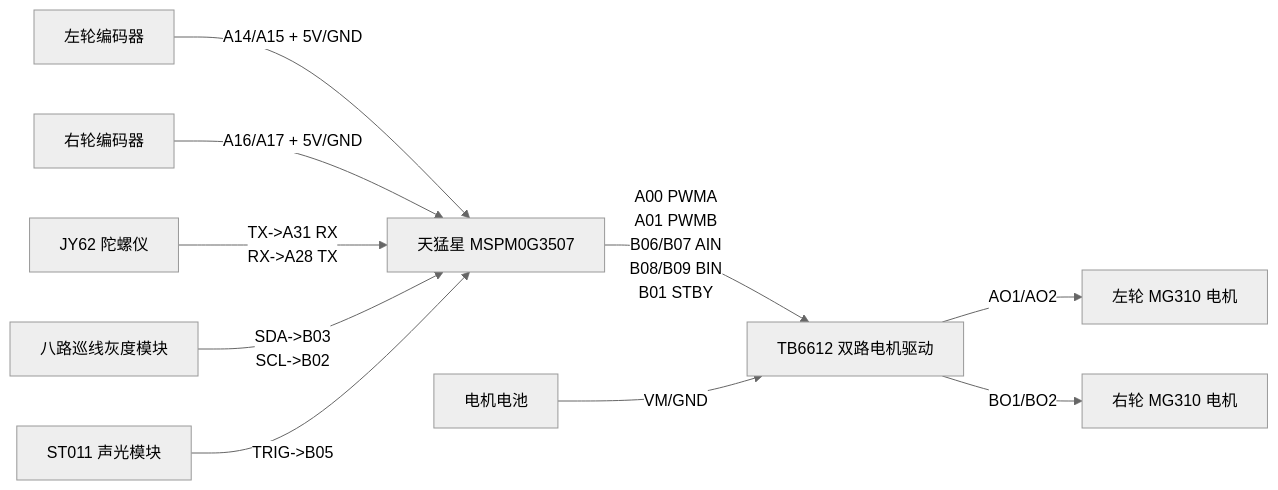
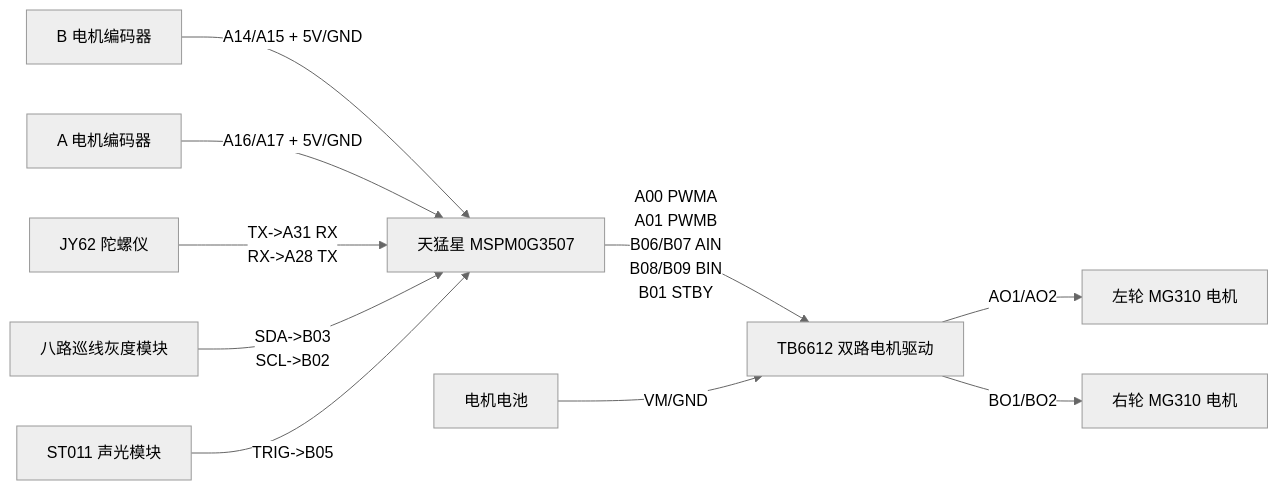
Before and after one commit to LizhToGo/SDU-NUEDC-Training: the diagram in 暂行接线图.md, drawn with Mermaid (neutral theme). The commit also changed other lines of this file and 5 other files, not shown here.

````diff
--- a/暂行接线图.md
+++ b/暂行接线图.md
@@ -7,23 +7,23 @@
 ```mermaid
 flowchart LR
     MCU["天猛星 MSPM0G3507"]
     TB["TB6612 双路电机驱动"]
     LMotor["左轮 MG310 电机"]
     RMotor["右轮 MG310 电机"]
-    LEnc["左轮编码器"]
-    REnc["右轮编码器"]
+    EncB["B 电机编码器"]
+    EncA["A 电机编码器"]
     JY["JY62 陀螺仪"]
     IR["八路巡线灰度模块"]
     ST["ST011 声光模块"]
     BAT["电机电池"]
 
     MCU -- "A00 PWMA\nA01 PWMB\nB06/B07 AIN\nB08/B09 BIN\nB01 STBY" --> TB
     TB -- "AO1/AO2" --> LMotor
     TB -- "BO1/BO2" --> RMotor
     BAT -- "VM/GND" --> TB
-    LEnc -- "A14/A15 + 5V/GND" --> MCU
-    REnc -- "A16/A17 + 5V/GND" --> MCU
+    EncB -- "A14/A15 + 5V/GND" --> MCU
+    EncA -- "A16/A17 + 5V/GND" --> MCU
     JY -- "TX->A31 RX\nRX->A28 TX" --> MCU
     IR -- "SDA->B03\nSCL->B02" --> MCU
     ST -- "TRIG->B05" --> MCU
 ```
````
